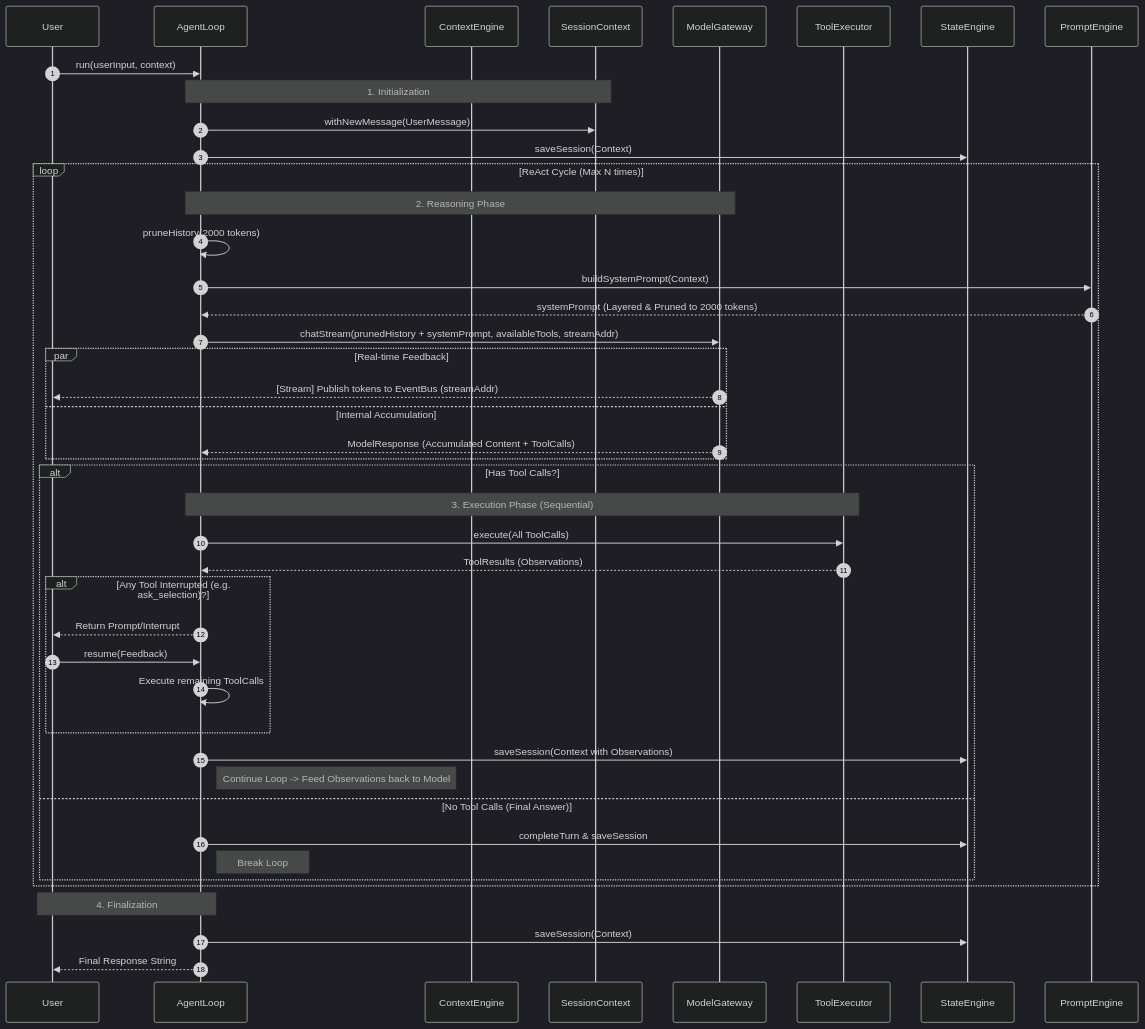
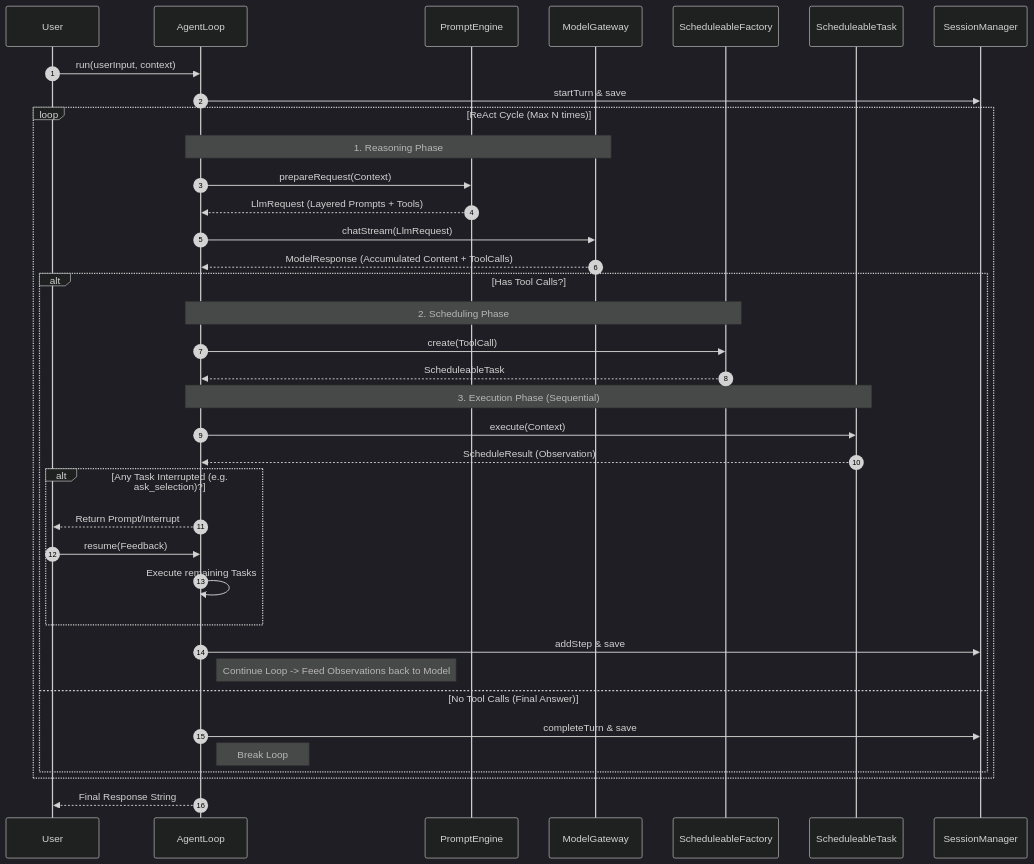
Before and after one commit to stream-iori/ganglia: the second of 3 diagrams in docs/CORE_KERNEL_DESIGN.md, drawn with Mermaid (dark theme). The commit also changed other lines of this file and 52 other files, not shown here.

````diff
--- a/docs/CORE_KERNEL_DESIGN.md
+++ b/docs/CORE_KERNEL_DESIGN.md
@@ -128,55 +91,48 @@
 ```mermaid
 sequenceDiagram
     autonumber
     participant User
     participant AgentLoop
-    participant ContextEngine
-    participant Context as SessionContext
+    participant PromptEngine
     participant Model as ModelGateway
-    participant ToolExec as ToolExecutor
-    participant State as StateEngine
+    participant Factory as ScheduleableFactory
+    participant Task as ScheduleableTask
+    participant SM as SessionManager
 
     User->>AgentLoop: run(userInput, context)
+    AgentLoop->>SM: startTurn & save
     
-    Note over AgentLoop, Context: 1. Initialization
-    AgentLoop->>Context: withNewMessage(UserMessage)
-    AgentLoop->>State: saveSession(Context)
-
     loop ReAct Cycle (Max N times)
-        Note over AgentLoop, Model: 2. Reasoning Phase
-        AgentLoop->>AgentLoop: pruneHistory(2000 tokens)
-        AgentLoop->>PromptEngine: buildSystemPrompt(Context)
-        PromptEngine-->>AgentLoop: systemPrompt (Layered & Pruned to 2000 tokens)
+        Note over AgentLoop, Model: 1. Reasoning Phase
+        AgentLoop->>PromptEngine: prepareRequest(Context)
+        PromptEngine-->>AgentLoop: LlmRequest (Layered Prompts + Tools)
         
-        AgentLoop->>Model: chatStream(prunedHistory + systemPrompt, availableTools, streamAddr)
-        
-        par Real-time Feedback
-            Model-->>User: [Stream] Publish tokens to EventBus (streamAddr)
-        and Internal Accumulation
-            Model-->>AgentLoop: ModelResponse (Accumulated Content + ToolCalls)
-        end
+        AgentLoop->>Model: chatStream(LlmRequest)
+        Model-->>AgentLoop: ModelResponse (Accumulated Content + ToolCalls)
         
         alt Has Tool Calls?
-            Note over AgentLoop, ToolExec: 3. Execution Phase (Sequential)
-            AgentLoop->>ToolExec: execute(All ToolCalls)
-            ToolExec-->>AgentLoop: ToolResults (Observations)
+            Note over AgentLoop, Factory: 2. Scheduling Phase
+            AgentLoop->>Factory: create(ToolCall)
+            Factory-->>AgentLoop: ScheduleableTask
             
-            alt Any Tool Interrupted (e.g. ask_selection)?
+            Note over AgentLoop, Task: 3. Execution Phase (Sequential)
+            AgentLoop->>Task: execute(Context)
+            Task-->>AgentLoop: ScheduleResult (Observation)
+            
+            alt Any Task Interrupted (e.g. ask_selection)?
                 AgentLoop-->>User: Return Prompt/Interrupt
                 User->>AgentLoop: resume(Feedback)
-                AgentLoop->>AgentLoop: Execute remaining ToolCalls
+                AgentLoop->>AgentLoop: Execute remaining Tasks
             end
             
-            AgentLoop->>State: saveSession(Context with Observations)
+            AgentLoop->>SM: addStep & save
             Note right of AgentLoop: Continue Loop -> Feed Observations back to Model
             
         else No Tool Calls (Final Answer)
-            AgentLoop->>State: completeTurn & saveSession
+            AgentLoop->>SM: completeTurn & save
             Note right of AgentLoop: Break Loop
         end
     end
 
-    Note over AgentLoop, User: 4. Finalization
-    AgentLoop->>State: saveSession(Context)
     AgentLoop-->>User: Final Response String
 ```
````
